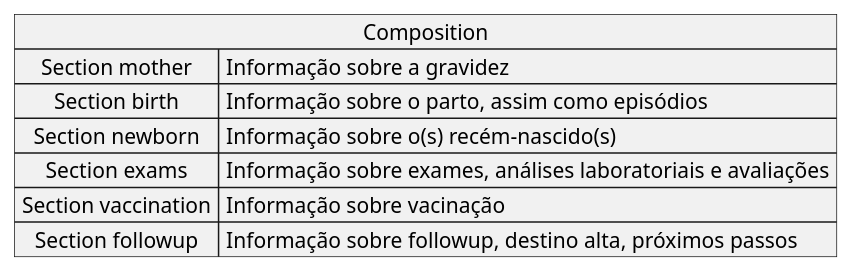
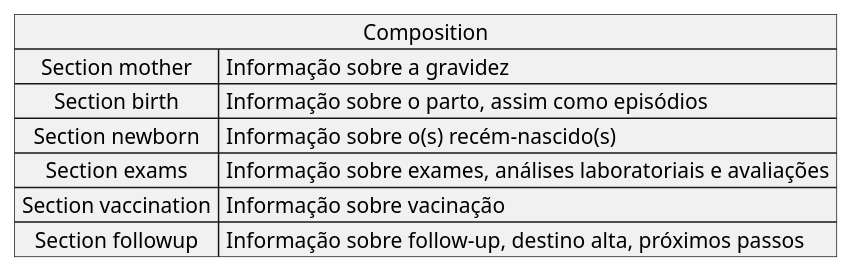
Before and after one commit to hl7-pt/obs-neonat-ig: the diagram in input/images-source/composition.plantuml, drawn with PlantUML. The commit also changed 3 other files, not shown here.

```diff
--- a/input/images-source/composition.plantuml
+++ b/input/images-source/composition.plantuml
@@ -1,12 +1,14 @@
 @startuml
 map Composition {
- Section mother => Informação sobre a mãe
+Section mother => Informação sobre a mãe
  Section mother => Informação sobre a gravidez
  Section birth => Informação sobre o parto, assim como episódios
  Section newborn => Informação sobre o(s) recém-nascido(s)
  Section exams => Informação sobre exames, análises laboratoriais e avaliações
  Section vaccination => Informação sobre vacinação
- Section followup => Informação sobre followup, destino alta, próximos passos
+ Section followup => Informação sobre follow-up, destino alta, próximos passos
+
+
 
 }
 @enduml
```
